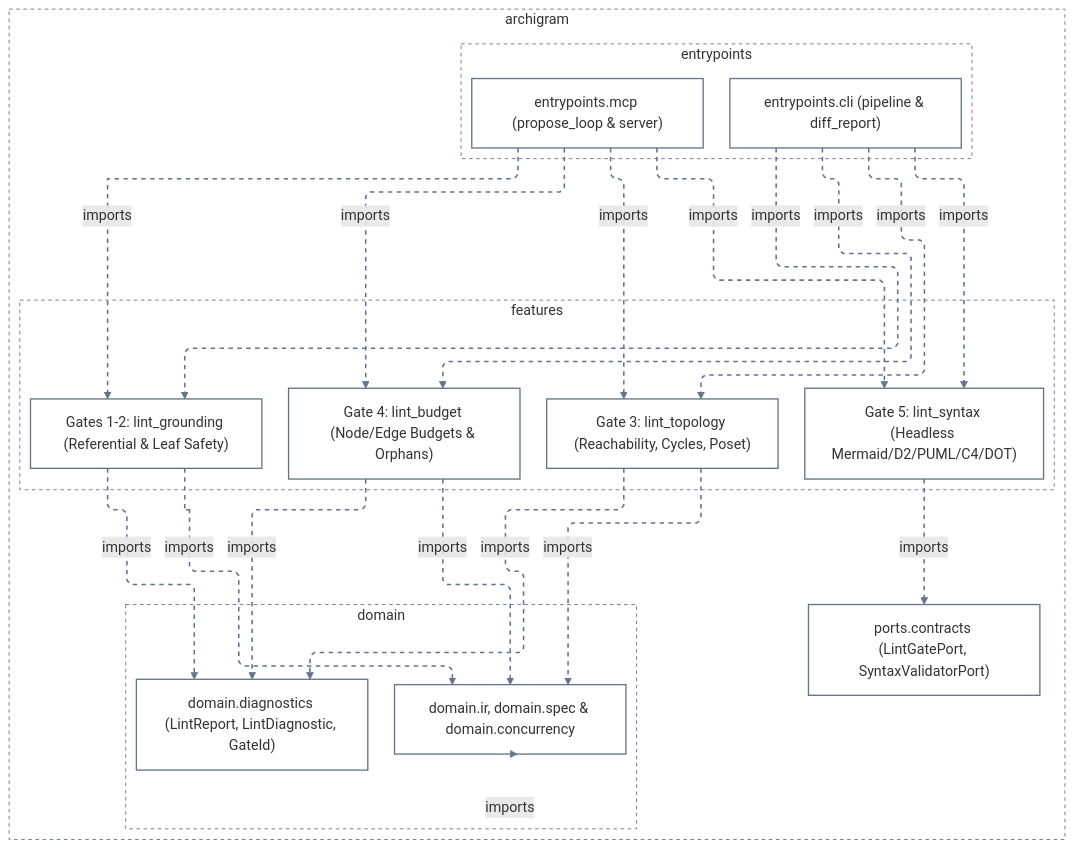
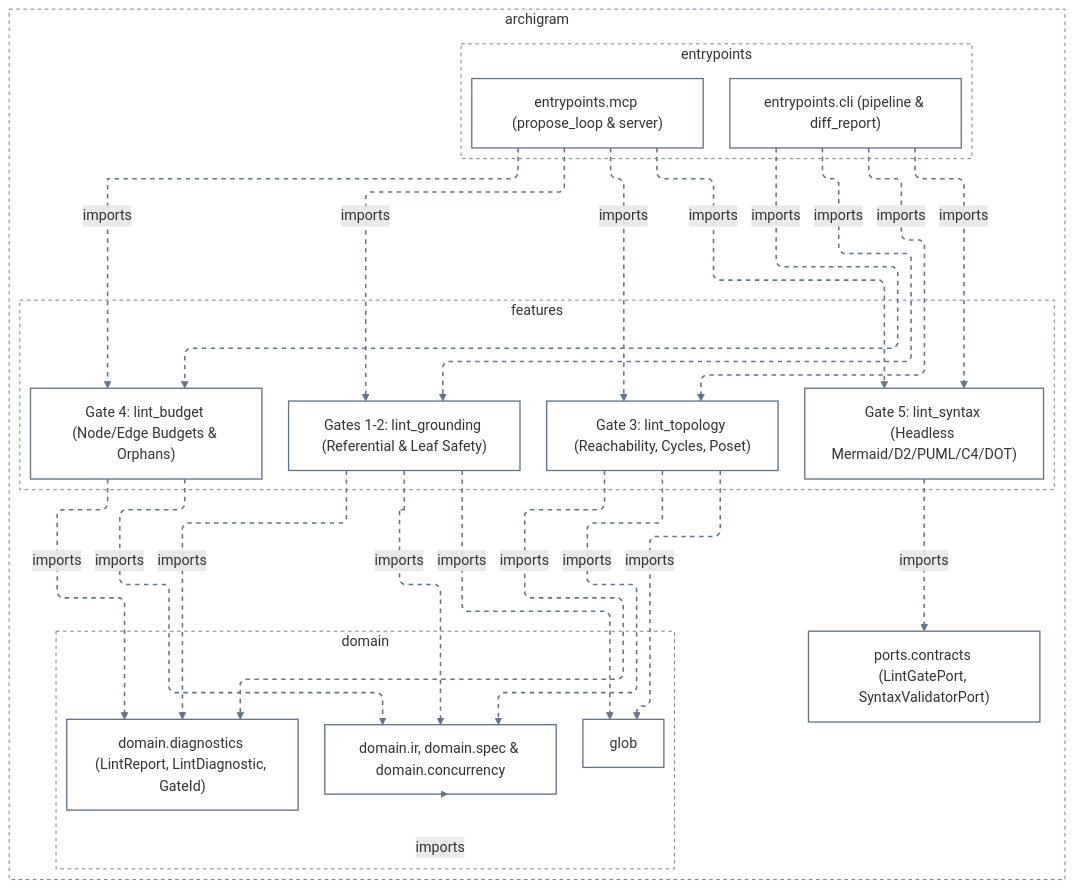
One commit to klcd/archigram changed the third of 5 diagrams in docs/architecture/L2-subsystem-guides.md. Above: the diagram before and after it, drawn with Mermaid. The commit also changed other lines of this file and 49 other files, not shown here.

Commit message:
fix(domain): unify hierarchical glob matching across gates

````diff
--- a/docs/architecture/L2-subsystem-guides.md
+++ b/docs/architecture/L2-subsystem-guides.md
@@ -172,52 +174,55 @@
 ```mermaid
 ---
 config:
   layout: elk
   elk:
     mergeEdges: false
     nodePlacementStrategy: BRANDES_KOEPF
   flowchart:
     defaultRenderer: elk
     curve: linear
 ---
 flowchart TD
   classDef default fill:transparent,stroke:#64748b,stroke-width:1.5px
   subgraph n0["archigram"]
     subgraph n1["domain"]
-      n5["domain.diagnostics (LintReport, LintDiagnostic, GateId)"]
-      n6["domain.ir, domain.spec & domain.concurrency"]
+      n2["glob"]
+      n6["domain.diagnostics (LintReport, LintDiagnostic, GateId)"]
+      n7["domain.ir, domain.spec & domain.concurrency"]
     end
-    subgraph n2["entrypoints"]
-      n4["entrypoints.cli (pipeline & diff_report)"]
-      n11["entrypoints.mcp (propose_loop & server)"]
+    subgraph n3["entrypoints"]
+      n5["entrypoints.cli (pipeline & diff_report)"]
+      n12["entrypoints.mcp (propose_loop & server)"]
     end
-    subgraph n3["features"]
-      n7["Gates 1-2: lint_grounding (Referential & Leaf Safety)"]
-      n8["Gate 3: lint_topology (Reachability, Cycles, Poset)"]
-      n9["Gate 4: lint_budget (Node/Edge Budgets & Orphans)"]
-      n10["Gate 5: lint_syntax (Headless Mermaid/D2/PUML/C4/DOT)"]
+    subgraph n4["features"]
+      n8["Gates 1-2: lint_grounding (Referential & Leaf Safety)"]
+      n9["Gate 3: lint_topology (Reachability, Cycles, Poset)"]
+      n10["Gate 4: lint_budget (Node/Edge Budgets & Orphans)"]
+      n11["Gate 5: lint_syntax (Headless Mermaid/D2/PUML/C4/DOT)"]
     end
-    n12["ports.contracts (LintGatePort, SyntaxValidatorPort)"]
+    n13["ports.contracts (LintGatePort, SyntaxValidatorPort)"]
   end
   style n0 fill:transparent,stroke:#64748b,stroke-width:1px,stroke-dasharray:4 4
   style n1 fill:transparent,stroke:#64748b,stroke-width:1px,stroke-dasharray:4 4
-  style n2 fill:transparent,stroke:#64748b,stroke-width:1px,stroke-dasharray:4 4
   style n3 fill:transparent,stroke:#64748b,stroke-width:1px,stroke-dasharray:4 4
-  n9 -.->|"imports"| n5
-  n8 -.->|"imports"| n5
-  n7 -.->|"imports"| n5
-  n6 -.->|"imports"| n1
+  style n4 fill:transparent,stroke:#64748b,stroke-width:1px,stroke-dasharray:4 4
+  n10 -.->|"imports"| n6
+  n9 -.->|"imports"| n6
   n8 -.->|"imports"| n6
-  n7 -.->|"imports"| n6
-  n9 -.->|"imports"| n6
-  n11 -.->|"imports"| n7
-  n4 -.->|"imports"| n7
-  n4 -.->|"imports"| n8
-  n11 -.->|"imports"| n8
-  n4 -.->|"imports"| n9
-  n11 -.->|"imports"| n9
-  n11 -.->|"imports"| n10
-  n4 -.->|"imports"| n10
-  n10 -.->|"imports"| n12
-  linkStyle 0,1,2,3,4,5,6,7,8,9,10,11,12,13,14,15 stroke:#64748b,stroke-width:1.75px,stroke-dasharray:5 5
+  n7 -.->|"imports"| n1
+  n9 -.->|"imports"| n7
+  n8 -.->|"imports"| n7
+  n10 -.->|"imports"| n7
+  n8 -.->|"imports"| n2
+  n12 -.->|"imports"| n8
+  n5 -.->|"imports"| n8
+  n5 -.->|"imports"| n9
+  n9 -.->|"imports"| n2
+  n12 -.->|"imports"| n9
+  n5 -.->|"imports"| n10
+  n12 -.->|"imports"| n10
+  n12 -.->|"imports"| n11
+  n5 -.->|"imports"| n11
+  n11 -.->|"imports"| n13
+  linkStyle 0,1,2,3,4,5,6,7,8,9,10,11,12,13,14,15,16,17 stroke:#64748b,stroke-width:1.75px,stroke-dasharray:5 5
 ```
````
